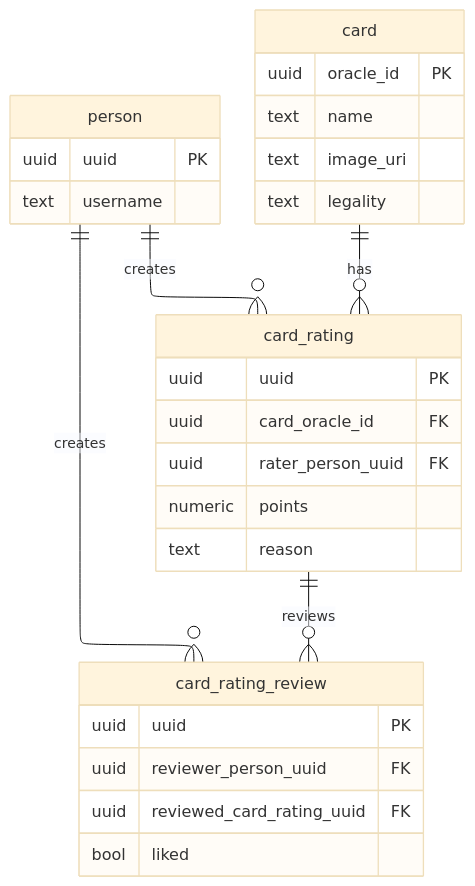
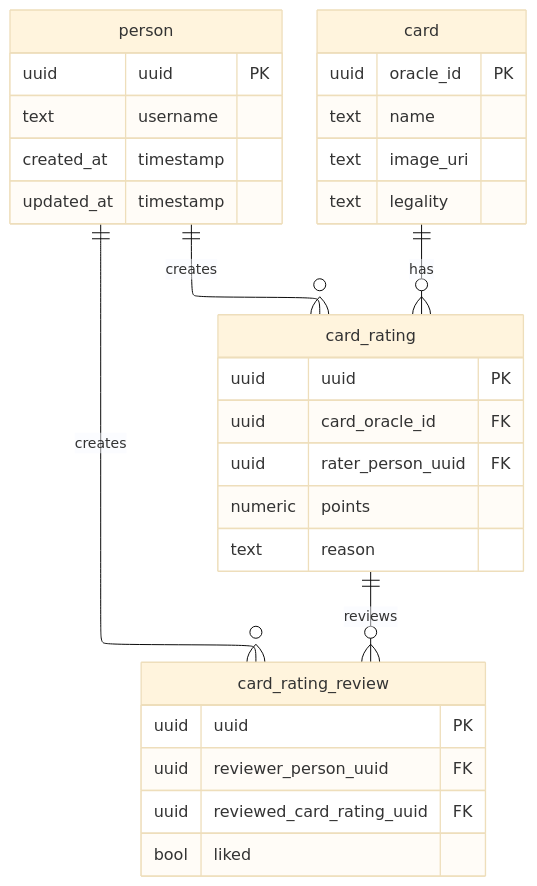
Before and after one commit to btarr101/mono: the diagram in public/apps/the_peoples_edh_bracket/MODELING.md, drawn with Mermaid (base theme). The commit also changed 15 other files, not shown here.

````diff
--- a/public/apps/the_peoples_edh_bracket/MODELING.md
+++ b/public/apps/the_peoples_edh_bracket/MODELING.md
@@ -3,38 +3,40 @@
 ```mermaid
 ---
 config:
     layout: elk
 ---
 erDiagram
 	person {
 		uuid uuid PK
 		text username
+		created_at timestamp
+		updated_at timestamp
 	}
 
 	card {
 		uuid oracle_id PK
 		text name
 		text image_uri
 		text legality
 	}
 
 	card_rating {
 		uuid uuid PK
 		uuid card_oracle_id FK
 		uuid rater_person_uuid FK
 		numeric points
 		text reason
 	}
 
 	card_rating_review {
 		uuid uuid PK
 		uuid reviewer_person_uuid FK
 		uuid reviewed_card_rating_uuid FK
 		bool liked
 	}
 
 	card ||--o{ card_rating : has
 	person ||--o{ card_rating : creates
 	person ||--o{ card_rating_review : creates
 	card_rating ||--o{ card_rating_review : reviews
 ```
````
